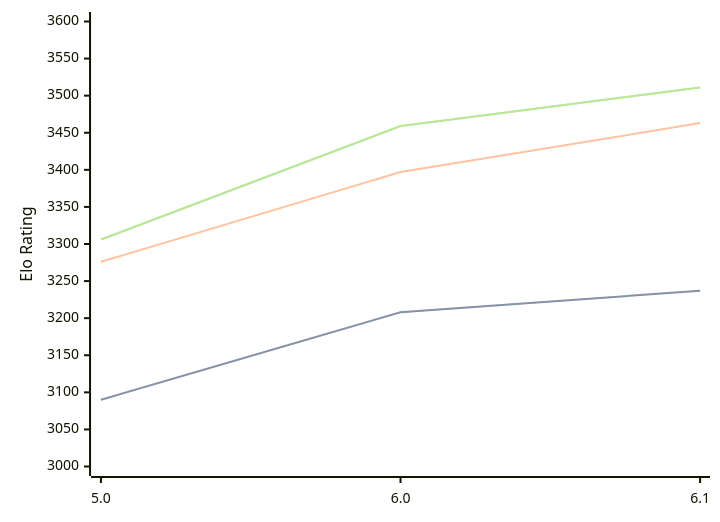
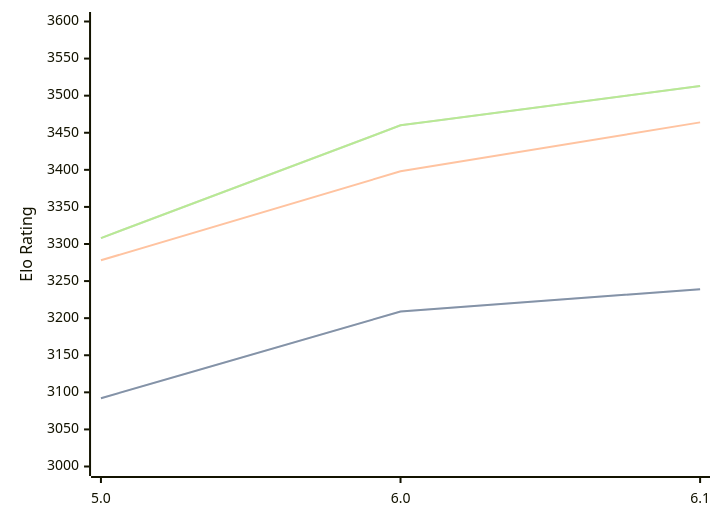
One commit to computer-chess-index/cci changed the diagram in engines/PZChessBot.md. Above: the diagram before and after it, drawn with Mermaid. The commit also changed other lines of this file, not shown here.

Commit message:
Update CCI Ratings (ELO VLTC) - 2026-02-21

````diff
--- a/engines/PZChessBot.md
+++ b/engines/PZChessBot.md
@@ -39,11 +39,11 @@
 ```mermaid
 %%{init: {"theme":"base","themeVariables":{"seriesColors:['#a3a3a3','#222221','#faa371']}}}%%
 xychart-beta
   x-axis ["5.0", "6.0", "6.1"]
   y-axis "Elo Rating" 3000 --> 3600
-  line "STC (8.0+0.08s)" [3090, 3208, 3237]
-  line "STC (8.0+0.08s)" [3090, 3208, 3237]
-  line "LTC (60.0+0.60s)" [3276, 3397, 3463]
-  line "VLTC (2m24s+1.12s)" [3306, 3459, 3511]
-  line "VLTC (2m24s+1.12s)" [3306, 3459, 3511]
+  line "STC (8.0+0.08s)" [3092, 3209, 3239]
+  line "STC (8.0+0.08s)" [3092, 3209, 3239]
+  line "LTC (60.0+0.60s)" [3278, 3398, 3464]
+  line "VLTC (2m24s+1.12s)" [3308, 3460, 3513]
+  line "VLTC (2m24s+1.12s)" [3308, 3460, 3513]
 ```
````
